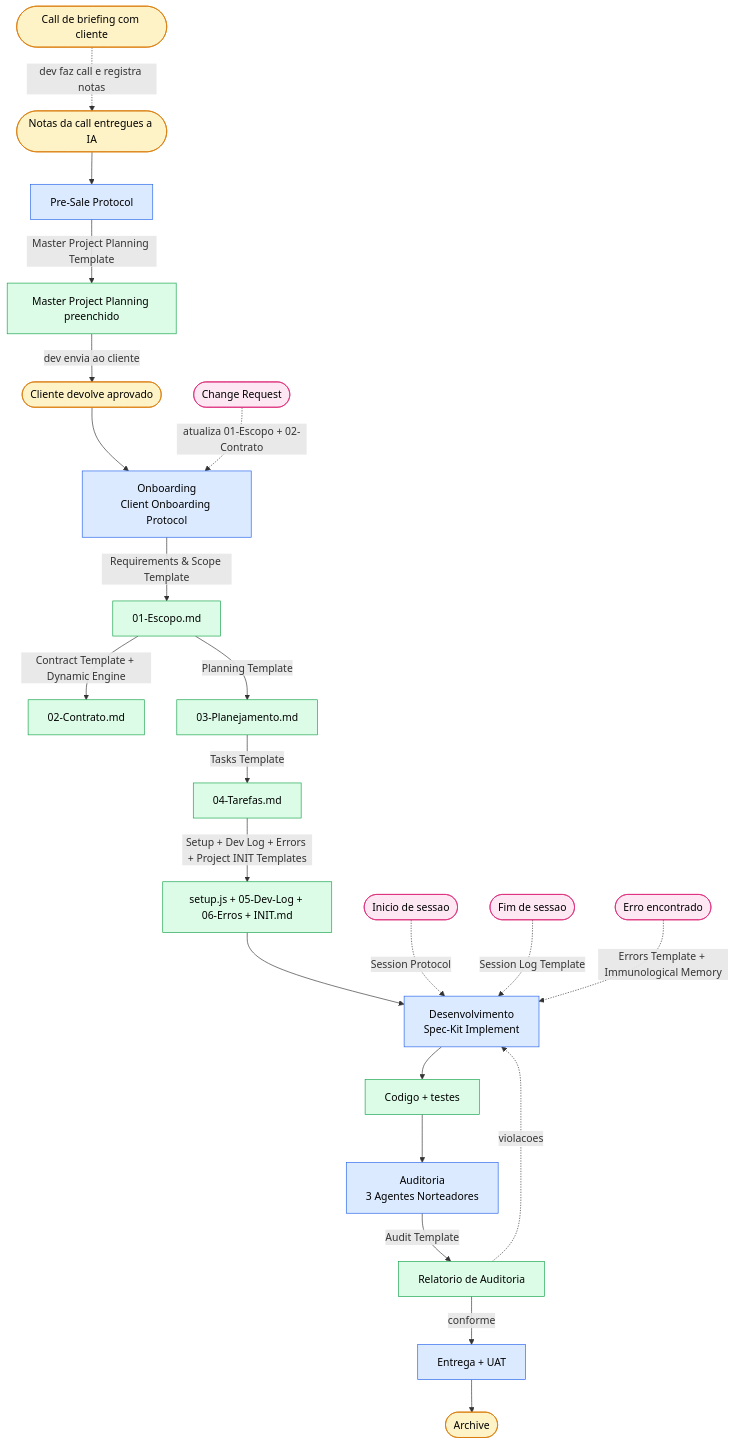
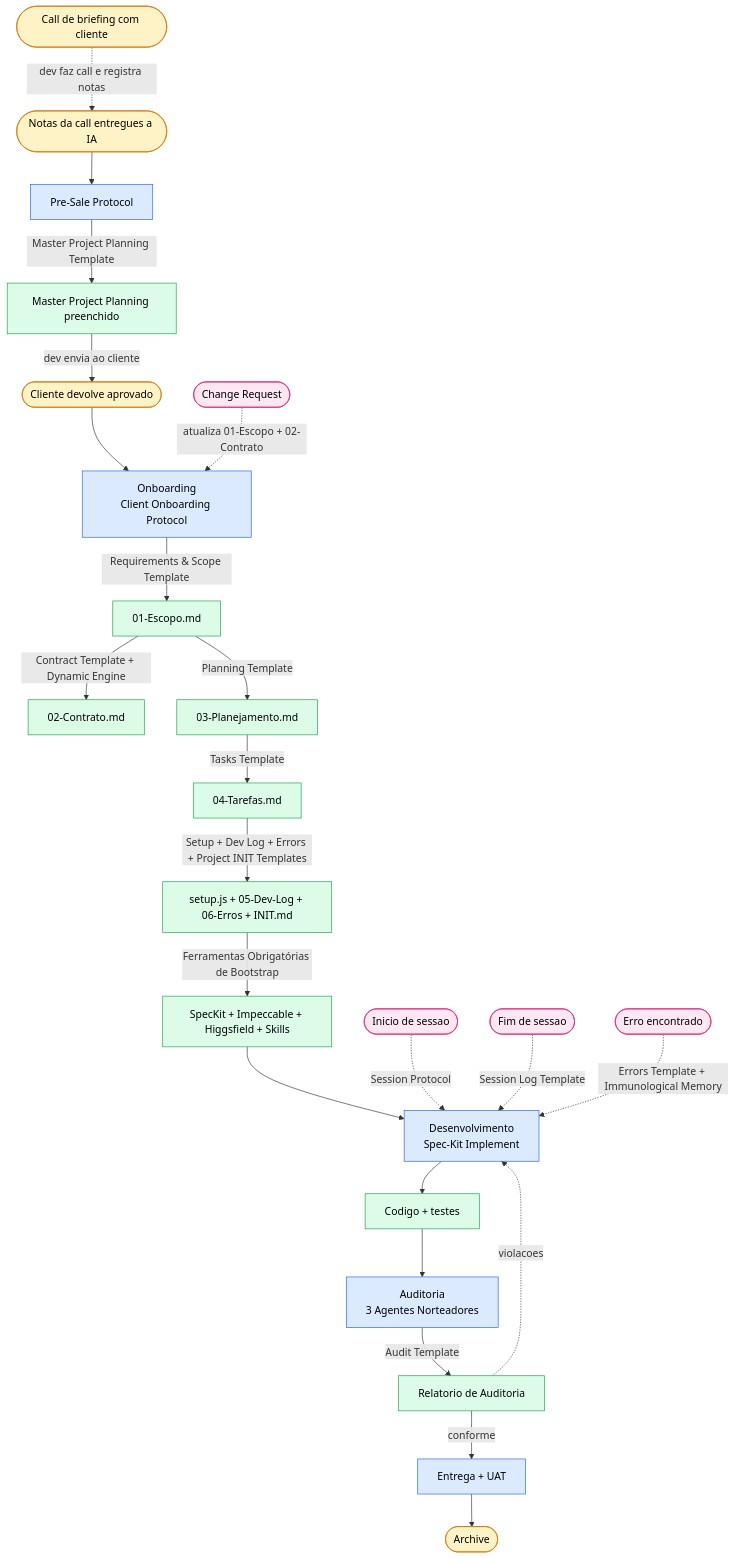
The diagram in Dev/0 - Planner Project/Master Pipeline & Enforcement.md (JoseLuizMendes/Dev), drawn with Mermaid before and after one commit. The commit also changed other lines of this file and 16 other files, not shown here.

First line of the commit message:
feat(vault): KB 0.4 + Preferencias v5 (TanStack/Vue 1ª classe) + ferramentas obrigatórias no bootstrap

````diff
--- a/Dev/0 - Planner Project/Master Pipeline & Enforcement.md
+++ b/Dev/0 - Planner Project/Master Pipeline & Enforcement.md
@@ -25,53 +25,55 @@
 ```mermaid
 flowchart TD
     classDef trigger fill:#fef3c7,stroke:#d97706,color:#000
     classDef phase fill:#dbeafe,stroke:#2563eb,color:#000
     classDef artifact fill:#dcfce7,stroke:#16a34a,color:#000
     classDef session fill:#fce7f3,stroke:#db2777,color:#000
 
     T0([Call de briefing com cliente]):::trigger
     T1([Notas da call entregues a IA]):::trigger
     F0[Pre-Sale Protocol]:::phase
     DocBrief[Master Project Planning preenchido]:::artifact
     Cli([Cliente devolve aprovado]):::trigger
     F1[Onboarding<br/>Client Onboarding Protocol]:::phase
     O1[01-Escopo.md]:::artifact
     O2[02-Contrato.md]:::artifact
     O3[03-Planejamento.md]:::artifact
     O4[04-Tarefas.md]:::artifact
     O5[setup.js + 05-Dev-Log + 06-Erros + INIT.md]:::artifact
     F2[Desenvolvimento<br/>Spec-Kit Implement]:::phase
     Cod[Codigo + testes]:::artifact
     F3[Auditoria<br/>3 Agentes Norteadores]:::phase
     Rel[Relatorio de Auditoria]:::artifact
     F4[Entrega + UAT]:::phase
     Arc([Archive]):::trigger
 
     Boot([Inicio de sessao]):::session
     Shut([Fim de sessao]):::session
     Err([Erro encontrado]):::session
     CR([Change Request]):::session
 
     T0 -.->|dev faz call e registra notas| T1
     T1 --> F0
     F0 -->|Master Project Planning Template| DocBrief
     DocBrief -->|dev envia ao cliente| Cli
     Cli --> F1
     F1 -->|Requirements & Scope Template| O1
     O1 -->|Contract Template + Dynamic Engine| O2
     O1 -->|Planning Template| O3
     O3 -->|Tasks Template| O4
     O4 -->|Setup + Dev Log + Errors + Project INIT Templates| O5
-    O5 --> F2
+    Tooling[SpecKit + Impeccable + Higgsfield + Skills]:::artifact
+    O5 -->|Ferramentas Obrigatórias de Bootstrap| Tooling
+    Tooling --> F2
     F2 --> Cod
     Cod --> F3
     F3 -->|Audit Template| Rel
     Rel -.->|violacoes| F2
     Rel -->|conforme| F4
     F4 --> Arc
 
     Boot -.->|Session Protocol| F2
     Shut -.->|Session Log Template| F2
     Err -.->|Errors Template + Immunological Memory| F2
     CR -.->|atualiza 01-Escopo + 02-Contrato| F1
 ```
````
